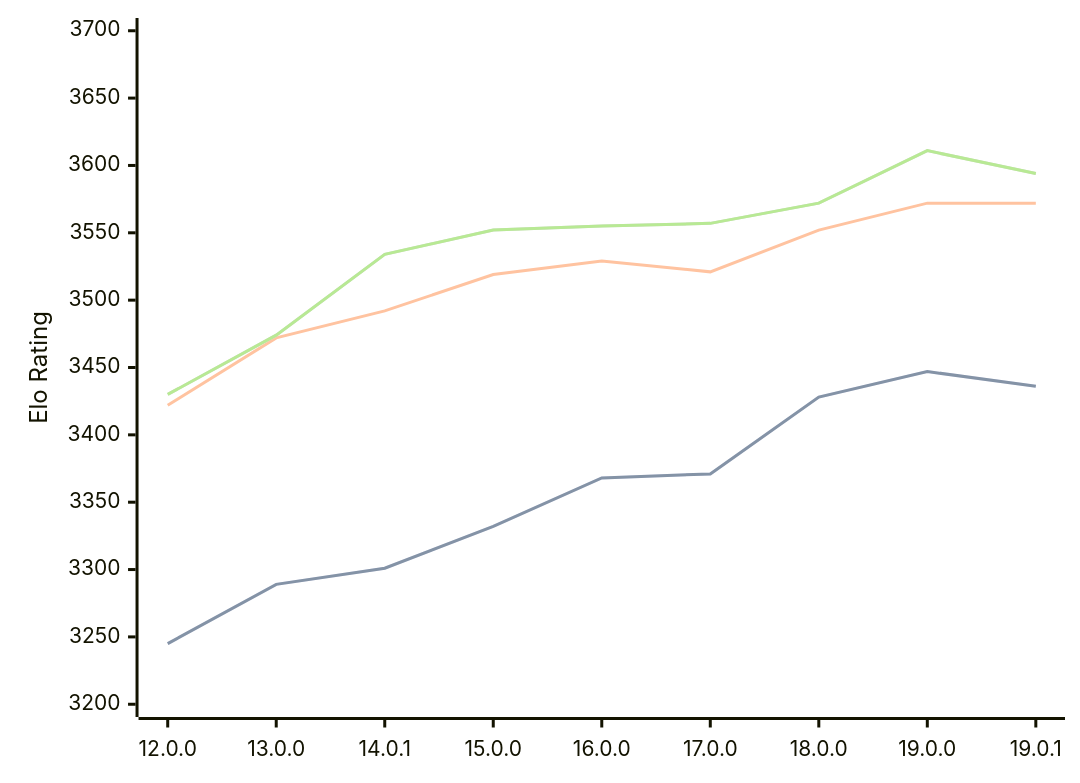
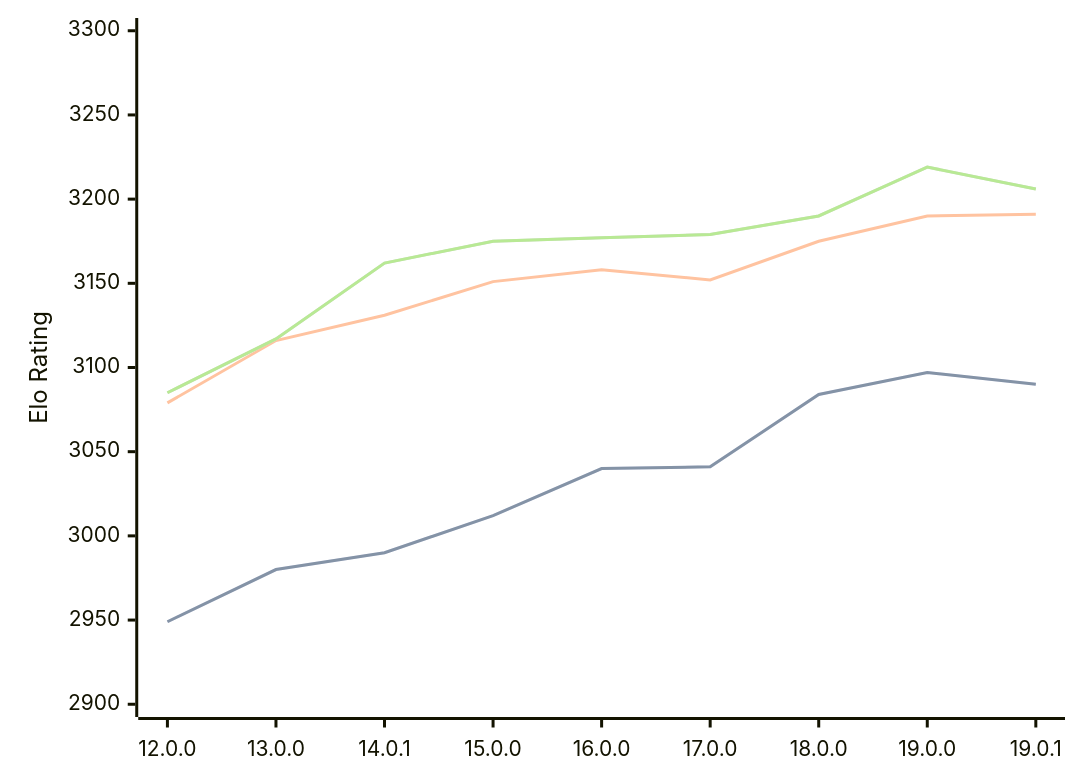
The diagram in engines/Viridithas.md (computer-chess-index/cci), drawn with Mermaid before and after one commit. The commit also changed other lines of this file, not shown here.

Commit message:
Update CCI Ratings (ELO VLTC) - 2026-02-23

````diff
--- a/engines/Viridithas.md
+++ b/engines/Viridithas.md
@@ -60,11 +60,11 @@
 ```mermaid
 %%{init: {"theme":"base","themeVariables":{"seriesColors:['#a3a3a3','#222221','#faa371']}}}%%
 xychart-beta
   x-axis ["12.0.0", "13.0.0", "14.0.1", "15.0.0", "16.0.0", "17.0.0", "18.0.0", "19.0.0", "19.0.1"]
-  y-axis "Elo Rating" 3200 --> 3700
-  line "STC (8.0+0.08s)" [3245, 3289, 3301, 3332, 3368, 3371, 3428, 3447, 3436]
-  line "STC (8.0+0.08s)" [3245, 3289, 3301, 3332, 3368, 3371, 3428, 3447, 3436]
-  line "LTC (60.0+0.60s)" [3422, 3472, 3492, 3519, 3529, 3521, 3552, 3572, 3572]
-  line "VLTC (2m24s+1.12s)" [3430, 3474, 3534, 3552, 3555, 3557, 3572, 3611, 3594]
-  line "VLTC (2m24s+1.12s)" [3430, 3474, 3534, 3552, 3555, 3557, 3572, 3611, 3594]
+  y-axis "Elo Rating" 2900 --> 3300
+  line "STC (8.0+0.08s)" [2949, 2980, 2990, 3012, 3040, 3041, 3084, 3097, 3090]
+  line "STC (8.0+0.08s)" [2949, 2980, 2990, 3012, 3040, 3041, 3084, 3097, 3090]
+  line "LTC (60.0+0.60s)" [3079, 3116, 3131, 3151, 3158, 3152, 3175, 3190, 3191]
+  line "VLTC (2m24s+1.12s)" [3085, 3117, 3162, 3175, 3177, 3179, 3190, 3219, 3206]
+  line "VLTC (2m24s+1.12s)" [3085, 3117, 3162, 3175, 3177, 3179, 3190, 3219, 3206]
 ```
````
